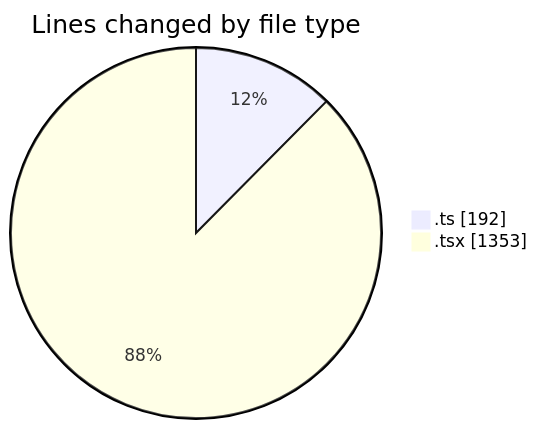
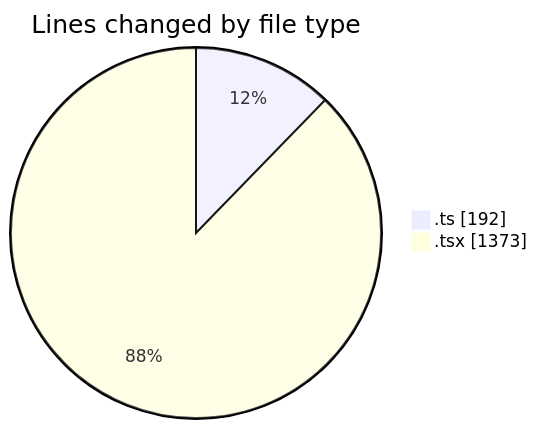
Before and after one commit to momahboobian/code-tracking: the first of 2 diagrams in 2025-07-04/cda/README.md, drawn with Mermaid. The commit also changed other lines of this file and 1 other file, not shown here.

````diff
--- a/2025-07-04/cda/README.md
+++ b/2025-07-04/cda/README.md
@@ -24,6 +24,6 @@
 ```mermaid
 pie showData
 title Lines changed by file type
 ".ts" : 192
-".tsx" : 1353
+".tsx" : 1373
 ```
````
